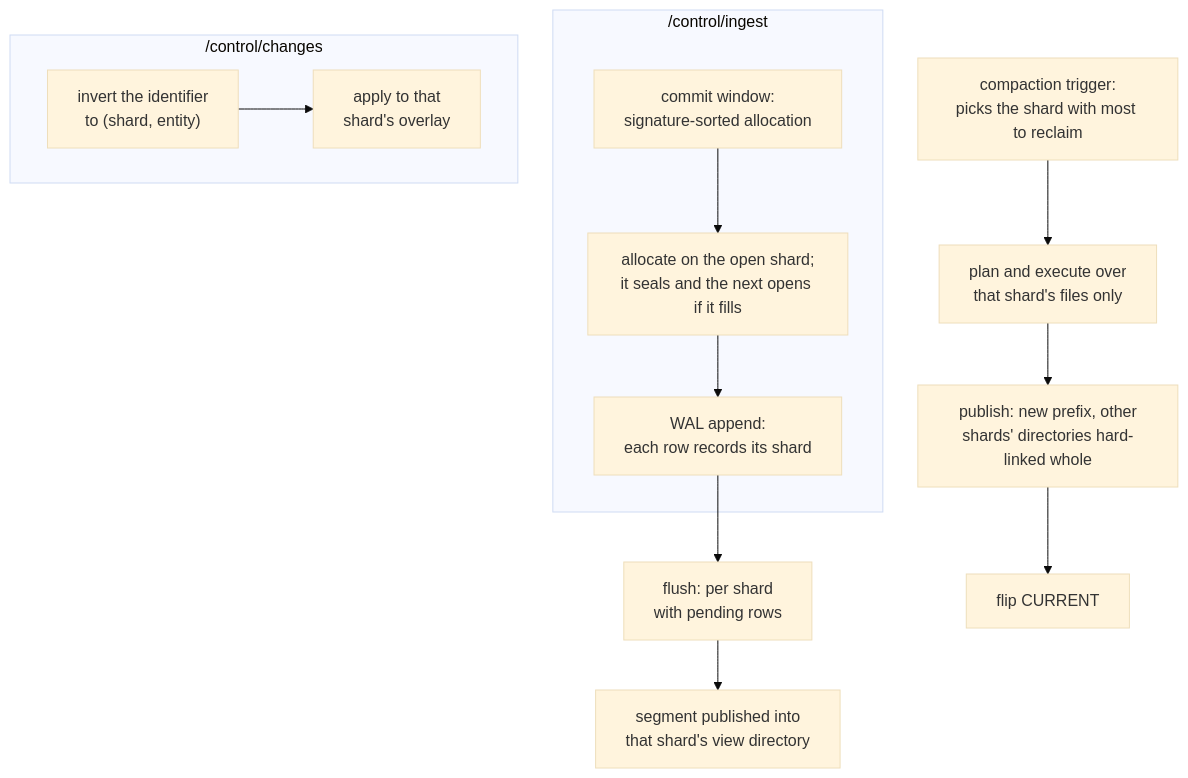
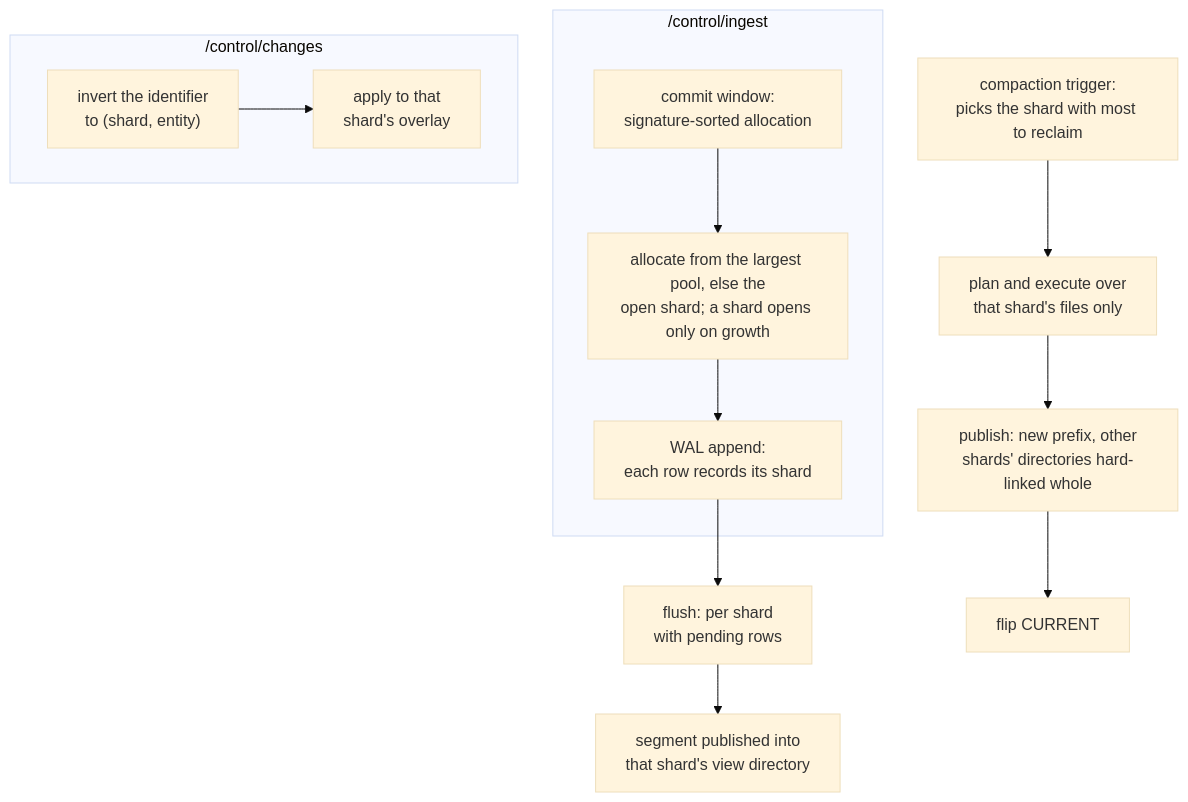
Before and after one commit to jennis0/tesseradb: the fourth of 5 diagrams in docs/design/sharding.md, drawn with Mermaid (base theme). The commit also changed other lines of this file and 3 other files, not shown here.

First line of the commit message:
docs: sharding, the generation counts a slot's occupancies and a freed slot is reused before a shard opens

````diff
--- a/docs/design/sharding.md
+++ b/docs/design/sharding.md
@@ -350,15 +348,15 @@
 ```mermaid
 flowchart TD
   subgraph W["/control/ingest"]
-    A["commit window:<br/>signature-sorted allocation"] --> B["allocate on the open shard;<br/>it seals and the next opens if it fills"]
+    A["commit window:<br/>signature-sorted allocation"] --> B["allocate from the largest pool, else the<br/>open shard; a shard opens only on growth"]
     B --> C["WAL append:<br/>each row records its shard"]
   end
   subgraph N["/control/changes"]
     D["invert the identifier<br/>to (shard, entity)"] --> E["apply to that<br/>shard's overlay"]
   end
   C --> F["flush: per shard<br/>with pending rows"]
   F --> G["segment published into<br/>that shard's view directory"]
   H["compaction trigger:<br/>picks the shard with most to reclaim"] --> J["plan and execute over<br/>that shard's files only"]
   J --> K["publish: new prefix, other<br/>shards' directories hard-linked whole"]
   K --> L[flip CURRENT]
 ```
````
